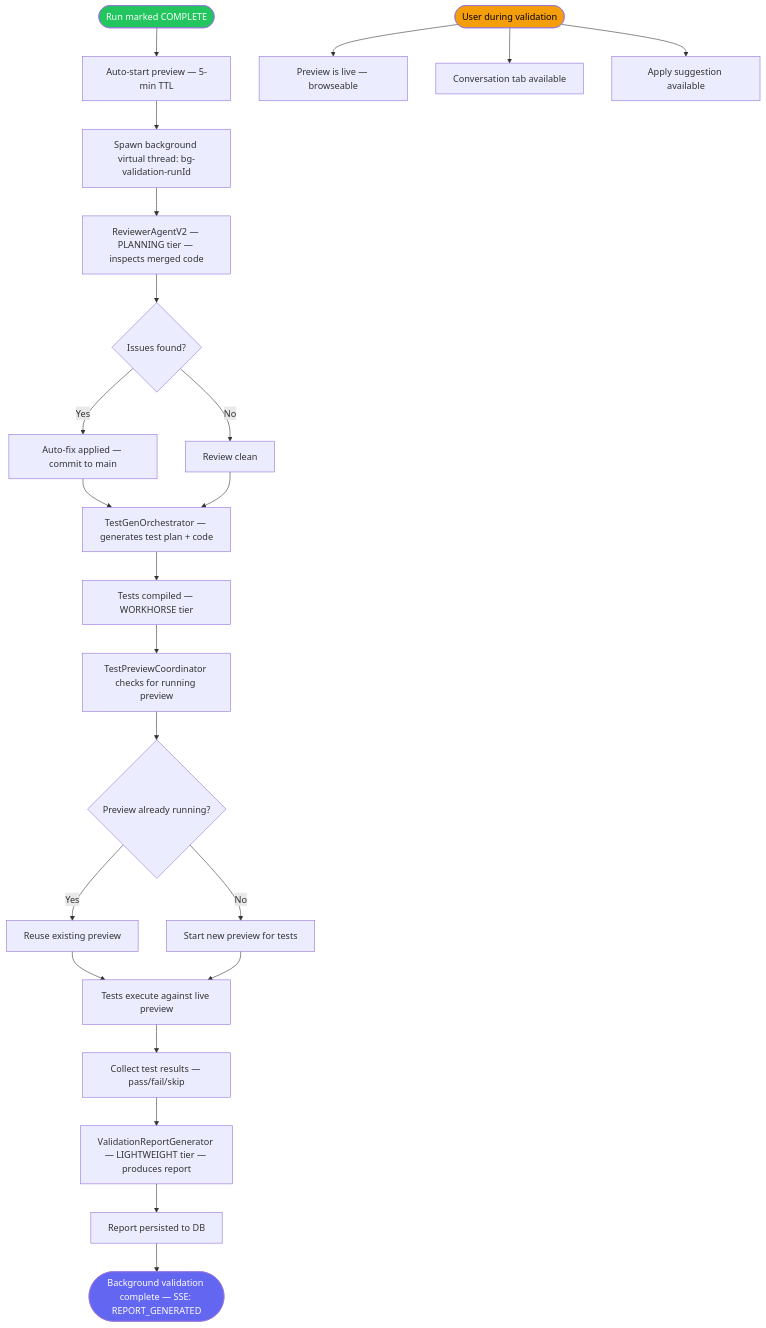
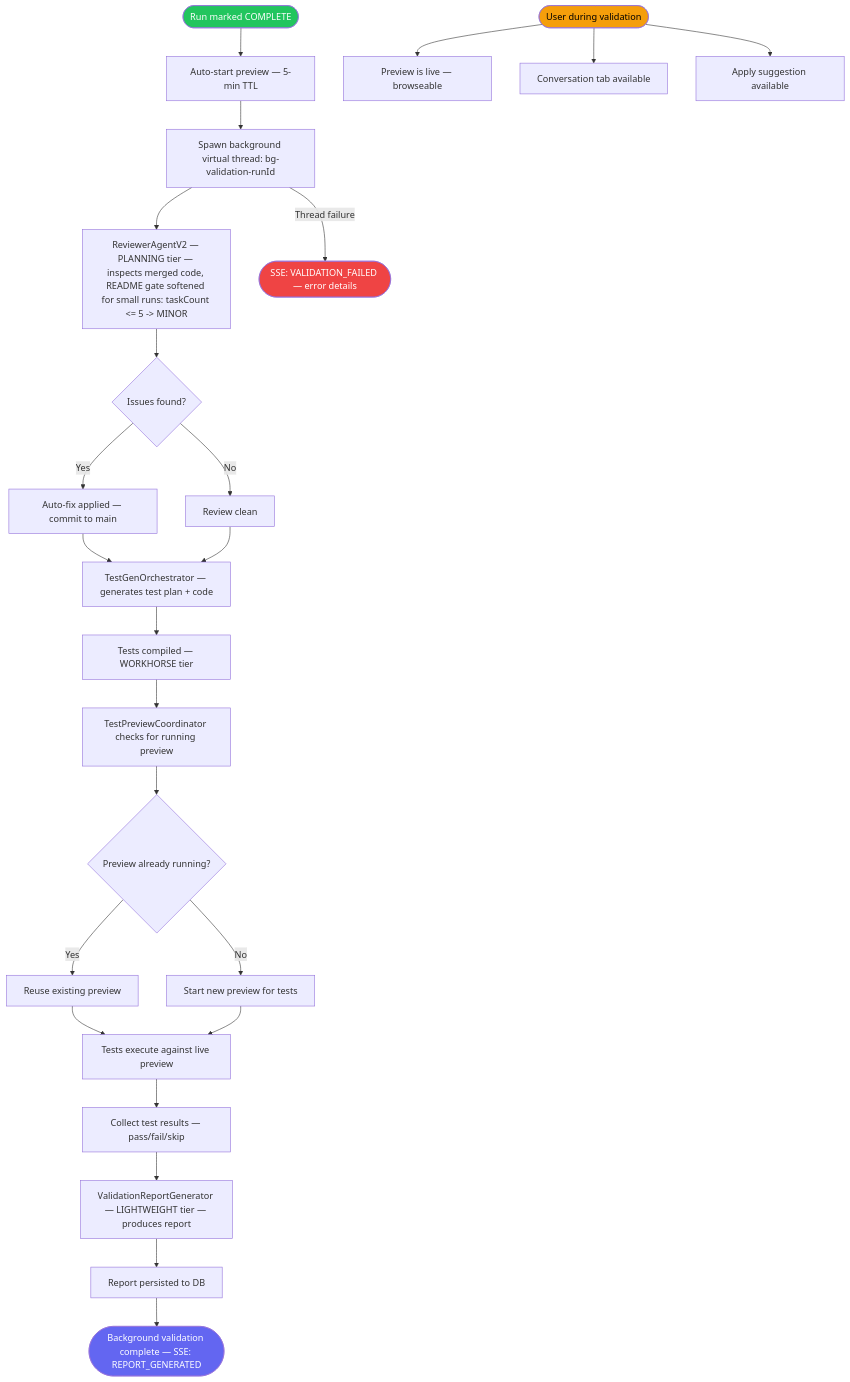
The third of 36 diagrams in docs/WORKFLOWS.md (navneetprabhakar/executespec), drawn with Mermaid before and after one commit. The commit also changed other lines of this file and 9 other files, not shown here.

````diff
--- a/docs/WORKFLOWS.md
+++ b/docs/WORKFLOWS.md
@@ -144,30 +150,32 @@
 ```mermaid
 flowchart TD
     A([Run marked COMPLETE]) --> B[Auto-start preview — 5-min TTL]
     B --> C[Spawn background virtual thread: bg-validation-runId]
-    C --> D[ReviewerAgentV2 — PLANNING tier — inspects merged code]
+    C --> D[ReviewerAgentV2 — PLANNING tier — inspects merged code, README gate softened for small runs: taskCount <= 5 -> MINOR]
     D --> E{Issues found?}
     E -->|Yes| F[Auto-fix applied — commit to main]
     E -->|No| G[Review clean]
     F --> H[TestGenOrchestrator — generates test plan + code]
     G --> H
     H --> I[Tests compiled — WORKHORSE tier]
     I --> J[TestPreviewCoordinator checks for running preview]
     J --> K{Preview already running?}
     K -->|Yes| L[Reuse existing preview]
     K -->|No| M[Start new preview for tests]
     L --> N[Tests execute against live preview]
     M --> N
     N --> O[Collect test results — pass/fail/skip]
     O --> P[ValidationReportGenerator — LIGHTWEIGHT tier — produces report]
     P --> Q[Report persisted to DB]
     Q --> R([Background validation complete — SSE: REPORT_GENERATED])
+    C -->|Thread failure| R2([SSE: VALIDATION_FAILED — error details])
 
     S([User during validation]) --> T[Preview is live — browseable]
     S --> U[Conversation tab available]
     S --> V[Apply suggestion available]
 
     style A fill:#22c55e,color:#fff
     style R fill:#6366f1,color:#fff
+    style R2 fill:#ef4444,color:#fff
     style S fill:#f59e0b,color:#000
 ```
````
